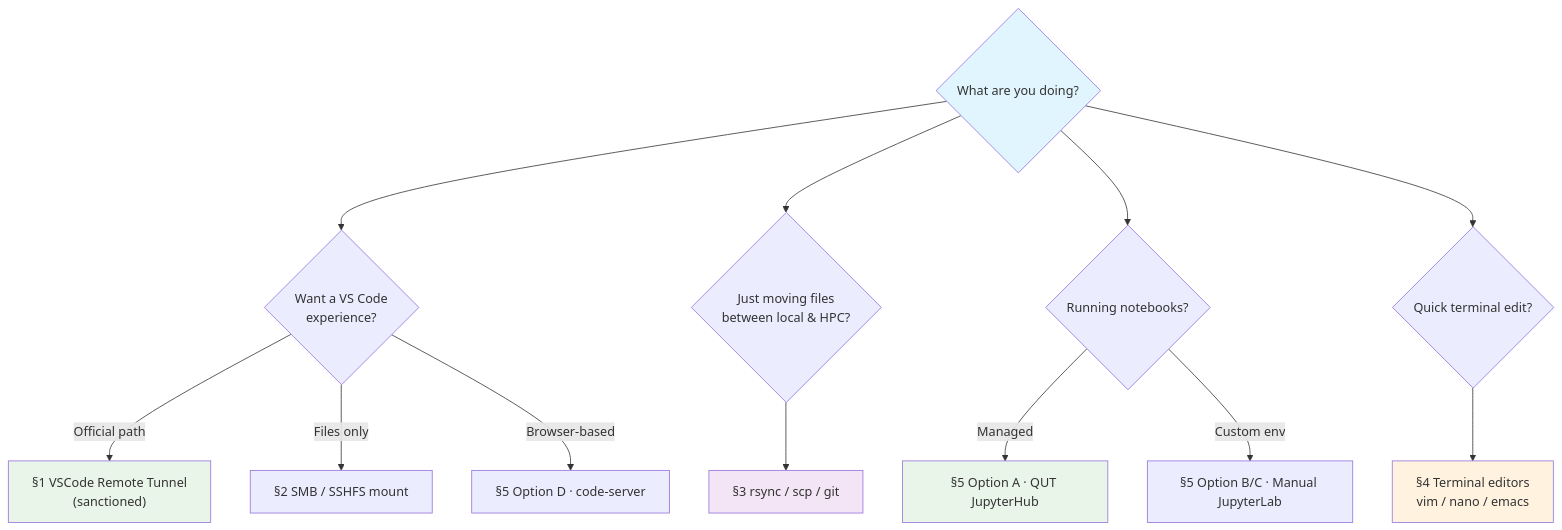
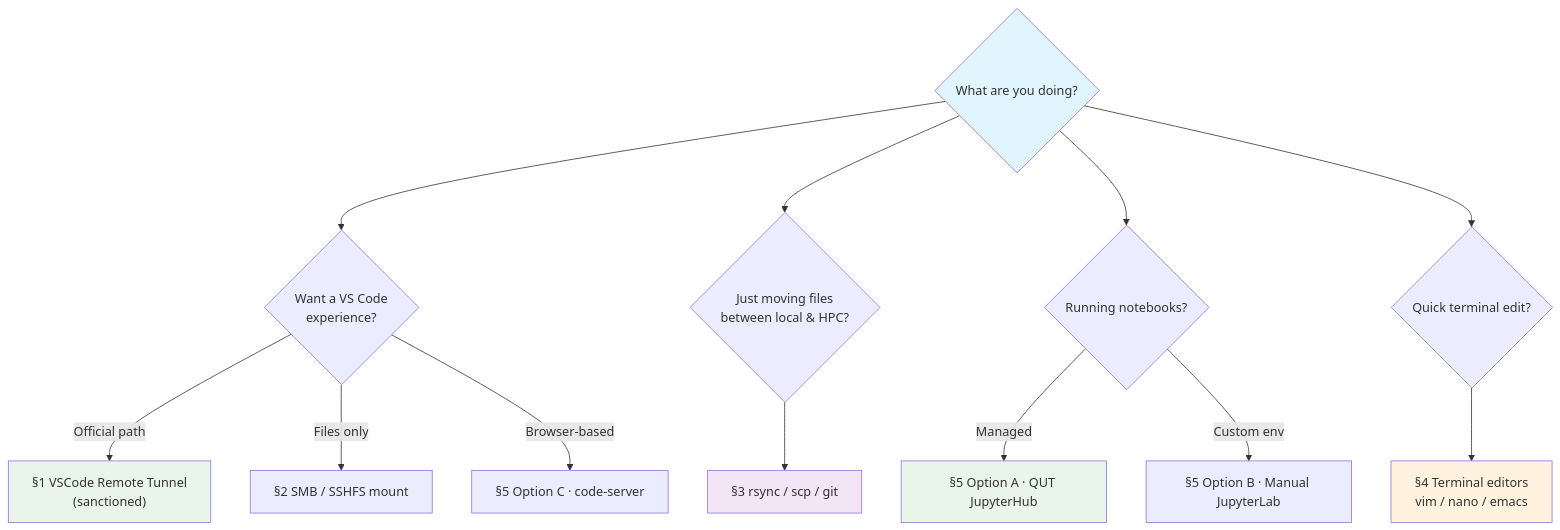
Before and after one commit to ZhipengHe/Walltime-Chronicles: the first of 2 diagrams in docs/remote-dev/Surviving-without-VS-Code-Remote-SSH.md, drawn with Mermaid. The commit also changed other lines of this file, not shown here.

Commit message:
Refine Surviving-without-VS-Code-Remote-SSH outline (clickable flowchart, B+C merged, SMB Pros/Cons, expanded SSH tip)

````diff
--- a/docs/remote-dev/Surviving-without-VS-Code-Remote-SSH.md
+++ b/docs/remote-dev/Surviving-without-VS-Code-Remote-SSH.md
@@ -17,24 +19,32 @@
 ```mermaid
 graph TD
     Start{What are you doing?} --> Code{Want a VS Code<br/>experience?}
     Start --> Data{Just moving files<br/>between local &amp; HPC?}
     Start --> Notebook{Running notebooks?}
     Start --> Quick{Quick terminal edit?}
 
     Code -->|Official path| Tunnel["§1 VSCode Remote Tunnel<br/>(sanctioned)"]
     Code -->|Files only| Mount["§2 SMB / SSHFS mount"]
-    Code -->|Browser-based| WebCode["§5 Option D · code-server"]
+    Code -->|Browser-based| WebCode["§5 Option C · code-server"]
 
     Data --> Sync["§3 rsync / scp / git"]
 
     Notebook -->|Managed| JHub["§5 Option A · QUT JupyterHub"]
-    Notebook -->|Custom env| JLab["§5 Option B/C · Manual JupyterLab"]
+    Notebook -->|Custom env| JLab["§5 Option B · Manual JupyterLab"]
 
     Quick --> Term["§4 Terminal editors<br/>vim / nano / emacs"]
+
+    click Tunnel "#1-vscode-remote-tunnel-the-sanctioned-replacement"
+    click Mount "#2-fake-it-with-ssh-mounted-folders"
+    click WebCode "#option-c-vs-code-in-browser-code-server"
+    click Sync "#3-rsync-scp-and-git-your-old-school-sync-buddies"
+    click JHub "#option-a-qut-jupyterhub-recommended-managed"
+    click JLab "#option-b-manual-jupyter-lab-port-forwarded"
+    click Term "#4-the-terminal-only-approach"
 
     style Start fill:#e1f5fe
     style Tunnel fill:#e8f5e8
     style JHub fill:#e8f5e8
     style Sync fill:#f3e5f5
     style Term fill:#fff3e0
 ```
````
